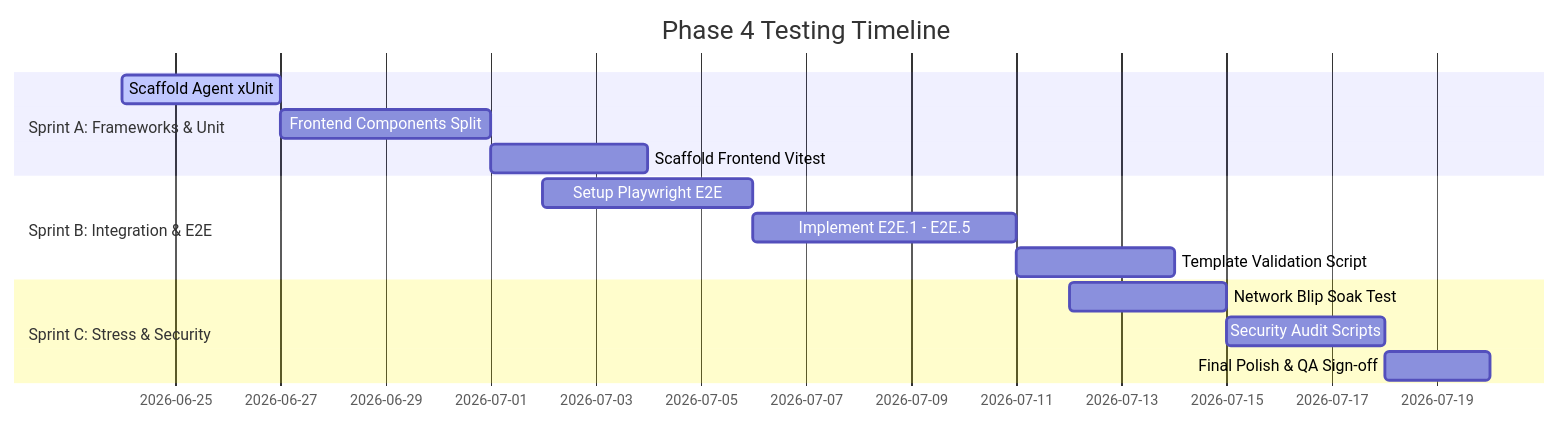
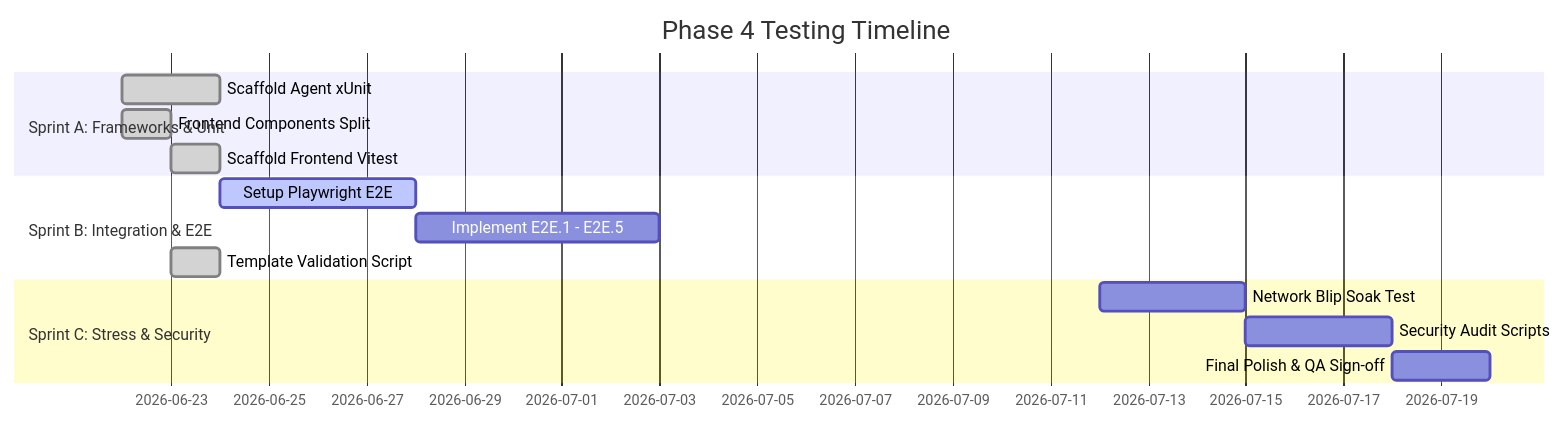
The second of 2 diagrams in docs/Test_Plan.md (ai-automation-tools/cronsole), drawn with Mermaid before and after one commit. The commit also changed other lines of this file and 1 other file, not shown here.

Commit message:
docs(qa): update QA plan status and baseline metrics to reflect complete unit testing

````diff
--- a/docs/Test_Plan.md
+++ b/docs/Test_Plan.md
@@ -169,17 +167,17 @@
 ```mermaid
 gantt
     title Phase 4 Testing Timeline
     dateFormat  YYYY-MM-DD
     section Sprint A: Frameworks & Unit
-    Scaffold Agent xUnit       :active, a1, 2026-06-24, 3d
-    Frontend Components Split  :a2, after a1, 4d
-    Scaffold Frontend Vitest   :a3, after a2, 3d
+    Scaffold Agent xUnit       :done, a1, 2026-06-22, 2d
+    Frontend Components Split  :done, a2, 2026-06-22, 1d
+    Scaffold Frontend Vitest   :done, a3, 2026-06-23, 1d
     section Sprint B: Integration & E2E
-    Setup Playwright E2E       :b1, 2026-07-02, 4d
+    Setup Playwright E2E       :active, b1, 2026-06-24, 4d
     Implement E2E.1 - E2E.5    :b2, after b1, 5d
-    Template Validation Script :b3, after b2, 3d
+    Template Validation Script :done, b3, 2026-06-23, 1d
     section Sprint C: Stress & Security
     Network Blip Soak Test     :c1, 2026-07-12, 3d
     Security Audit Scripts     :c2, after c1, 3d
     Final Polish & QA Sign-off :c3, after c2, 2d
 ```
````
